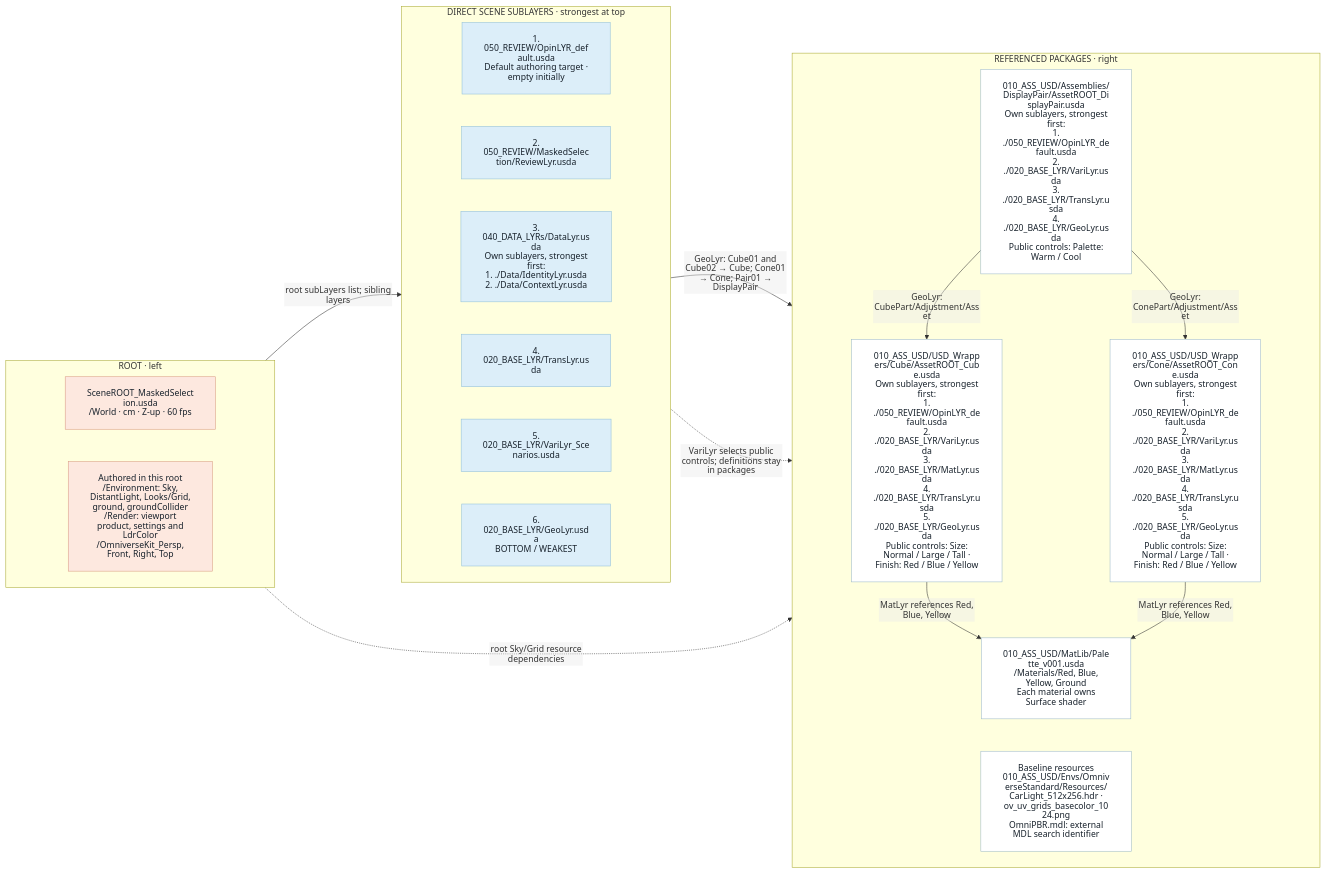
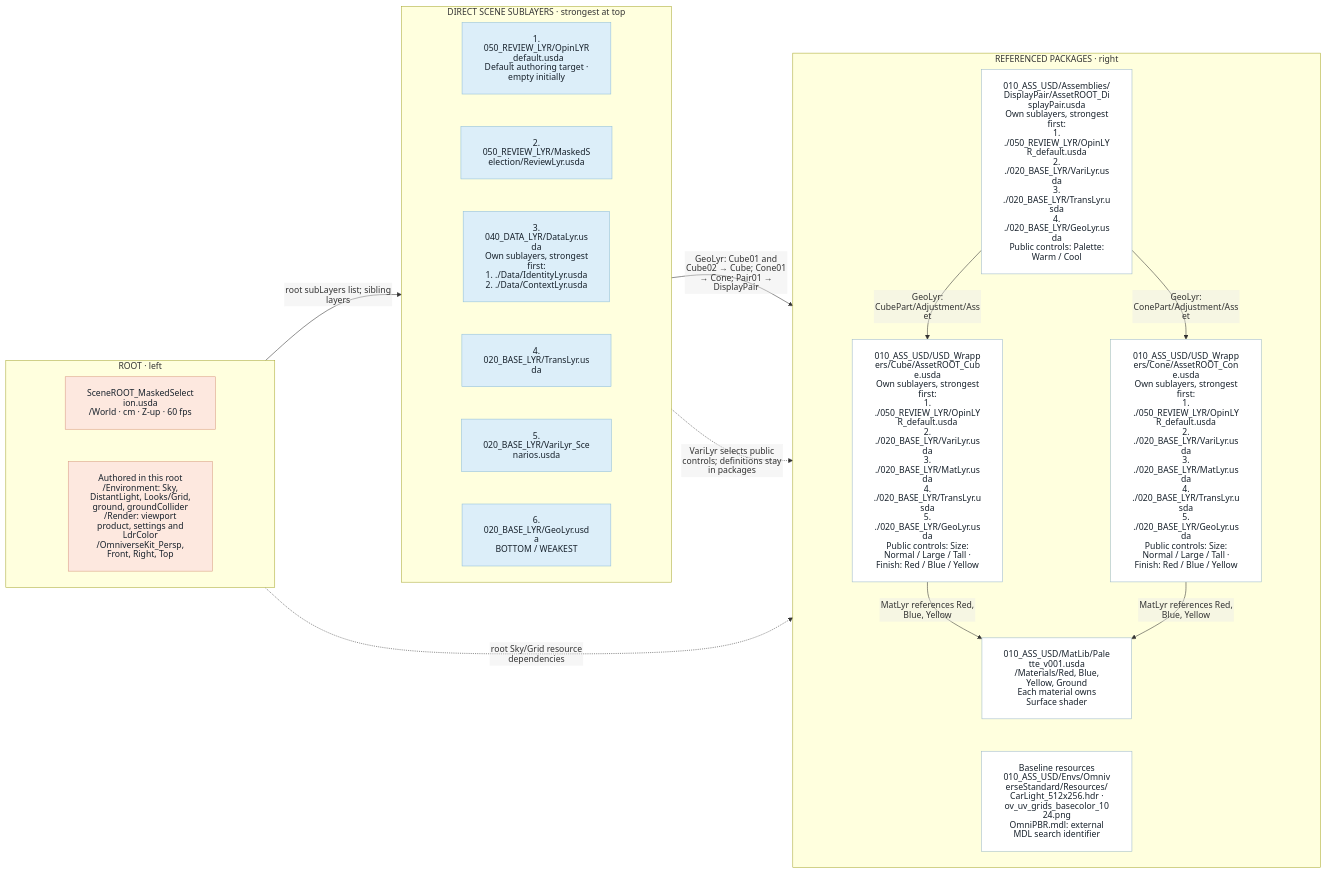
One commit to jph2/OpenUSD_GoodStart_CompositionContract changed the eighth of 15 diagrams in examples/01_LayeredScene/README.md. Above: the diagram before and after it, drawn with Mermaid. The commit also changed other lines of this file and 149 other files, not shown here.

````diff
--- a/examples/01_LayeredScene/README.md
+++ b/examples/01_LayeredScene/README.md
@@ -745,47 +701,47 @@
 ```mermaid
 %%{init: {"htmlLabels": false, "themeVariables": {"fontFamily": "Arial, sans-serif"}, "flowchart": {"htmlLabels": false, "padding": 20, "nodeSpacing": 200, "rankSpacing": 35, "diagramPadding": 20}}}%%
 flowchart LR
     subgraph ENTRY["ROOT · left"]
         direction TB
         R["SceneROOT_MaskedSelection.usda<br/>/World · cm · Z-up · 60 fps"]
         B["Authored in this root<br/>/Environment: Sky, DistantLight, Looks/Grid, ground, groundCollider<br/>/Render: viewport product, settings and LdrColor<br/>/OmniverseKit_Persp, Front, Right, Top"]
         R ~~~ B
     end
     subgraph STACK["DIRECT SCENE SUBLAYERS · strongest at top"]
         direction TB
-        L0["1. 050_REVIEW/OpinLYR_default.usda<br/>Default authoring target · empty initially"]
-        L1["2. 050_REVIEW/MaskedSelection/ReviewLyr.usda"]
+        L0["1. 050_REVIEW_LYR/OpinLYR_default.usda<br/>Default authoring target · empty initially"]
+        L1["2. 050_REVIEW_LYR/MaskedSelection/ReviewLyr.usda"]
         L0 ~~~ L1
-        L2["3. 040_DATA_LYRs/DataLyr.usda<br/>Own sublayers, strongest first:<br/>1. ./Data/IdentityLyr.usda<br/>2. ./Data/ContextLyr.usda"]
+        L2["3. 040_DATA_LYR/DataLyr.usda<br/>Own sublayers, strongest first:<br/>1. ./Data/IdentityLyr.usda<br/>2. ./Data/ContextLyr.usda"]
         L1 ~~~ L2
         L3["4. 020_BASE_LYR/TransLyr.usda"]
         L2 ~~~ L3
         L4["5. 020_BASE_LYR/VariLyr_Scenarios.usda"]
         L3 ~~~ L4
         L5["6. 020_BASE_LYR/GeoLyr.usda<br/>BOTTOM / WEAKEST"]
         L4 ~~~ L5
     end
     subgraph SOURCES["REFERENCED PACKAGES · right"]
         direction TB
-        PAIR["010_ASS_USD/Assemblies/DisplayPair/AssetROOT_DisplayPair.usda<br/>Own sublayers, strongest first:<br/>1. ./050_REVIEW/OpinLYR_default.usda<br/>2. ./020_BASE_LYR/VariLyr.usda<br/>3. ./020_BASE_LYR/TransLyr.usda<br/>4. ./020_BASE_LYR/GeoLyr.usda<br/>Public controls: Palette: Warm / Cool"]
-        CUBE["010_ASS_USD/USD_Wrappers/Cube/AssetROOT_Cube.usda<br/>Own sublayers, strongest first:<br/>1. ./050_REVIEW/OpinLYR_default.usda<br/>2. ./020_BASE_LYR/VariLyr.usda<br/>3. ./020_BASE_LYR/MatLyr.usda<br/>4. ./020_BASE_LYR/TransLyr.usda<br/>5. ./020_BASE_LYR/GeoLyr.usda<br/>Public controls: Size: Normal / Large / Tall · Finish: Red / Blue / Yellow"]
-        CONE["010_ASS_USD/USD_Wrappers/Cone/AssetROOT_Cone.usda<br/>Own sublayers, strongest first:<br/>1. ./050_REVIEW/OpinLYR_default.usda<br/>2. ./020_BASE_LYR/VariLyr.usda<br/>3. ./020_BASE_LYR/MatLyr.usda<br/>4. ./020_BASE_LYR/TransLyr.usda<br/>5. ./020_BASE_LYR/GeoLyr.usda<br/>Public controls: Size: Normal / Large / Tall · Finish: Red / Blue / Yellow"]
+        PAIR["010_ASS_USD/Assemblies/DisplayPair/AssetROOT_DisplayPair.usda<br/>Own sublayers, strongest first:<br/>1. ./050_REVIEW_LYR/OpinLYR_default.usda<br/>2. ./020_BASE_LYR/VariLyr.usda<br/>3. ./020_BASE_LYR/TransLyr.usda<br/>4. ./020_BASE_LYR/GeoLyr.usda<br/>Public controls: Palette: Warm / Cool"]
+        CUBE["010_ASS_USD/USD_Wrappers/Cube/AssetROOT_Cube.usda<br/>Own sublayers, strongest first:<br/>1. ./050_REVIEW_LYR/OpinLYR_default.usda<br/>2. ./020_BASE_LYR/VariLyr.usda<br/>3. ./020_BASE_LYR/MatLyr.usda<br/>4. ./020_BASE_LYR/TransLyr.usda<br/>5. ./020_BASE_LYR/GeoLyr.usda<br/>Public controls: Size: Normal / Large / Tall · Finish: Red / Blue / Yellow"]
+        CONE["010_ASS_USD/USD_Wrappers/Cone/AssetROOT_Cone.usda<br/>Own sublayers, strongest first:<br/>1. ./050_REVIEW_LYR/OpinLYR_default.usda<br/>2. ./020_BASE_LYR/VariLyr.usda<br/>3. ./020_BASE_LYR/MatLyr.usda<br/>4. ./020_BASE_LYR/TransLyr.usda<br/>5. ./020_BASE_LYR/GeoLyr.usda<br/>Public controls: Size: Normal / Large / Tall · Finish: Red / Blue / Yellow"]
         MAT["010_ASS_USD/MatLib/Palette_v001.usda<br/>/Materials/Red, Blue, Yellow, Ground<br/>Each material owns Surface shader"]
         RES["Baseline resources<br/>010_ASS_USD/Envs/OmniverseStandard/Resources/<br/>CarLight_512x256.hdr · ov_uv_grids_basecolor_1024.png<br/>OmniPBR.mdl: external MDL search identifier"]
         PAIR -->|"GeoLyr: CubePart/Adjustment/Asset"| CUBE
         PAIR -->|"GeoLyr: ConePart/Adjustment/Asset"| CONE
         CUBE -->|"MatLyr references Red, Blue, Yellow"| MAT
         CONE -->|"MatLyr references Red, Blue, Yellow"| MAT
         MAT ~~~ RES
     end
     ENTRY -->|"root subLayers list; sibling layers"| STACK
     STACK -->|"GeoLyr: Cube01 and Cube02 → Cube; Cone01 → Cone; Pair01 → DisplayPair"| SOURCES
     STACK -.->|"VariLyr selects public controls; definitions stay in packages"| SOURCES
     ENTRY -.->|"root Sky/Grid resource dependencies"| SOURCES
     classDef ccRoot fill:#fde8df,stroke:#d99b84,color:#17212b
     classDef layer fill:#dceef9,stroke:#91bfd8,color:#17212b
     classDef asset fill:#ffffff,stroke:#9db9c8,color:#17212b
     class R,B ccRoot
     class L0,L1,L2,L3,L4,L5 layer
     class PAIR,CUBE,CONE,MAT,RES asset
 ```
````
